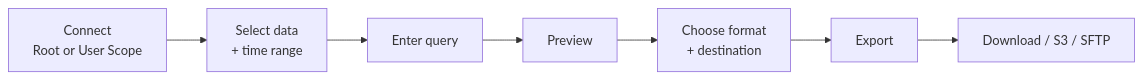
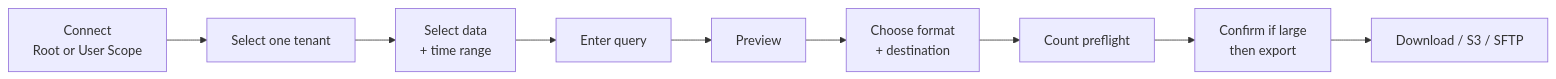
The diagram in README.md (xdr-labs/stellar-data-exporter), drawn with Mermaid before and after one commit. The commit also changed other lines of this file and 19 other files, not shown here.

Commit message:
feat: tenant-scoped exports, count preflight, and UI auth

````diff
--- a/README.md
+++ b/README.md
@@ -44,9 +44,11 @@
 ```mermaid
 flowchart LR
-    C["Connect<br/>Root or User Scope"] --> S["Select data<br/>+ time range"]
+    C["Connect<br/>Root or User Scope"] --> T["Select one tenant"]
+    T --> S["Select data<br/>+ time range"]
     S --> Q["Enter query"]
     Q --> P["Preview"]
     P --> O["Choose format<br/>+ destination"]
-    O --> E["Export"]
+    O --> K["Count preflight"]
+    K --> E["Confirm if large<br/>then export"]
     E --> D["Download / S3 / SFTP"]
 ```
````
